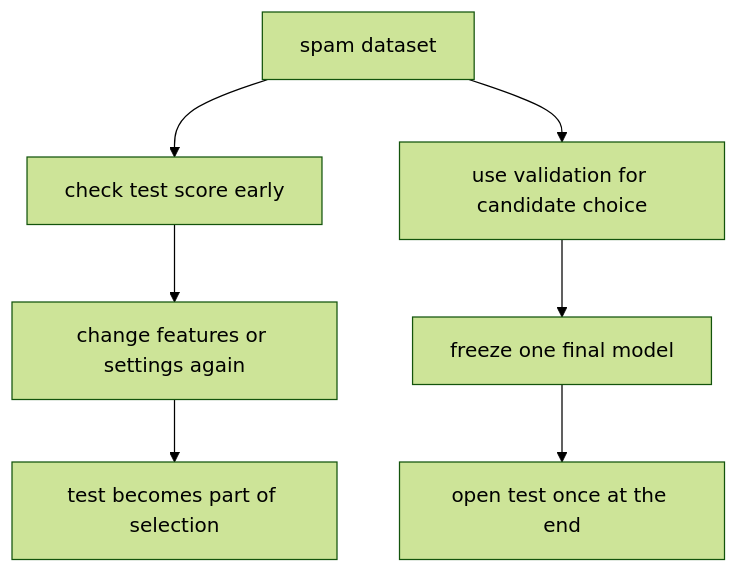
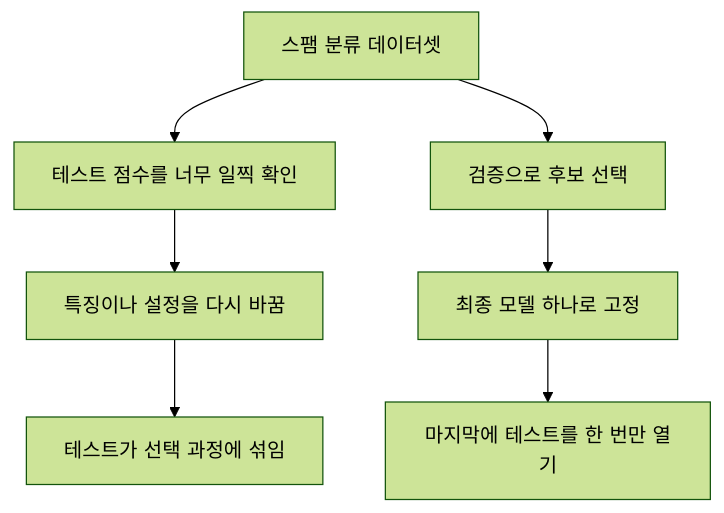
Before and after one commit to devchan64/AiBook: the second of 3 diagrams in docs/parts/part-04/chapter-04/section-02.md, drawn with Mermaid (forest theme). The commit also changed other lines of this file and 72 other files, not shown here.

````diff
--- a/docs/parts/part-04/chapter-04/section-02.md
+++ b/docs/parts/part-04/chapter-04/section-02.md
@@ -179,13 +179,13 @@
 ```mermaid
 flowchart TD
-  A["spam dataset"]
-  B["check test score early"]
-  C["change features or settings again"]
-  D["test becomes part of selection"]
-  E["use validation for candidate choice"]
-  F["freeze one final model"]
-  G["open test once at the end"]
+  A["스팸 분류 데이터셋"]
+  B["테스트 점수를 너무 일찍 확인"]
+  C["특징이나 설정을 다시 바꿈"]
+  D["테스트가 선택 과정에 섞임"]
+  E["검증으로 후보 선택"]
+  F["최종 모델 하나로 고정"]
+  G["마지막에 테스트를 한 번만 열기"]
 
   A --> B --> C --> D
   A --> E --> F --> G
 ```
````
